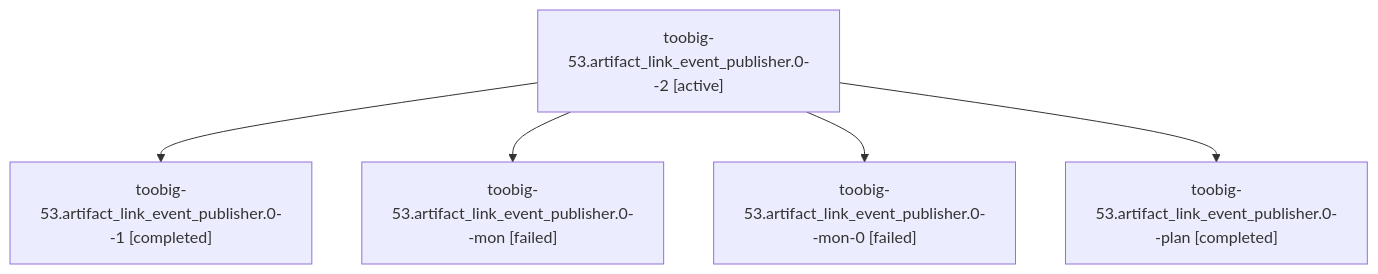
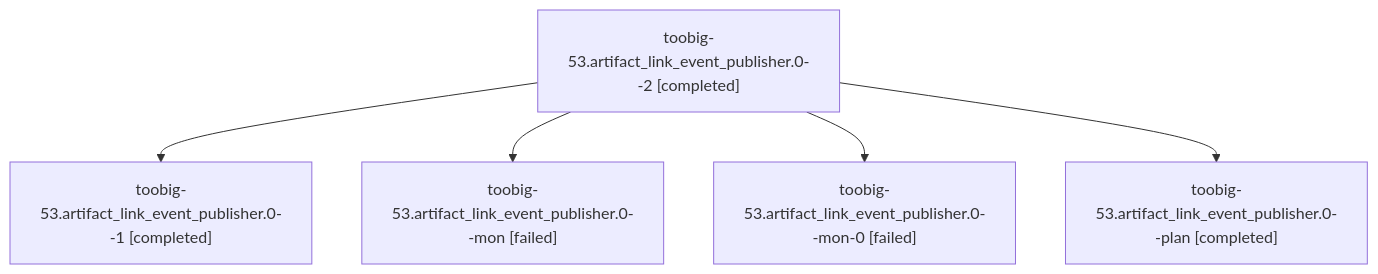
The diagram in families/bbugyi200.athena.toobig-53.artifact_link_event_publisher.0.md (sase-org/sase--agents), drawn with Mermaid before and after one commit. The commit also changed other lines of this file and 330 other files, not shown here.

````diff
--- a/families/bbugyi200.athena.toobig-53.artifact_link_event_publisher.0.md
+++ b/families/bbugyi200.athena.toobig-53.artifact_link_event_publisher.0.md
@@ -9,12 +9,12 @@
 ```mermaid
 flowchart TD
-  n0["toobig-53.artifact_link_event_publisher.0--2 [active]"]
+  n0["toobig-53.artifact_link_event_publisher.0--2 [completed]"]
   n1["toobig-53.artifact_link_event_publisher.0--1 [completed]"]
   n0 --> n1
   n2["toobig-53.artifact_link_event_publisher.0--mon [failed]"]
   n0 --> n2
   n3["toobig-53.artifact_link_event_publisher.0--mon-0 [failed]"]
   n0 --> n3
   n4["toobig-53.artifact_link_event_publisher.0--plan [completed]"]
   n0 --> n4
 ```
````
